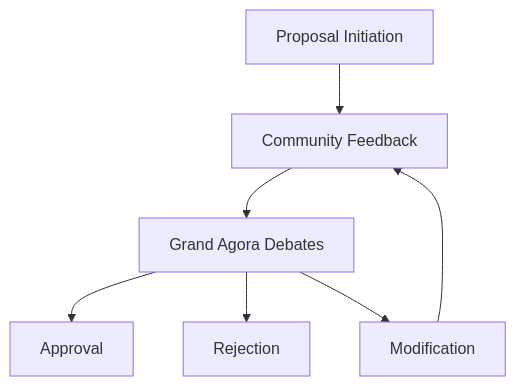
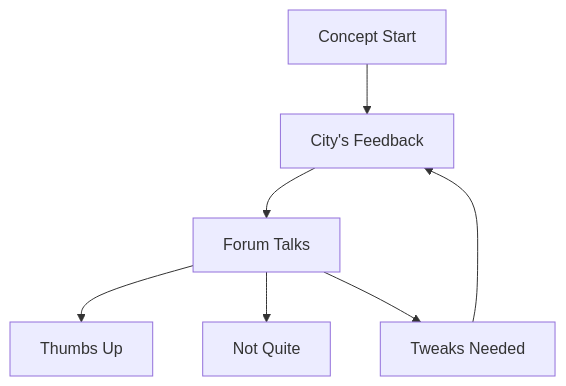
Before and after one commit to moul/bits.manfred.life: the second of 2 diagrams in stories/open-society/index.md, drawn with Mermaid. The commit also changed other lines of this file and 1 other file, not shown here.

````diff
--- a/stories/open-society/index.md
+++ b/stories/open-society/index.md
@@ -43,9 +43,9 @@
 ```mermaid
 graph TD
-    A[Proposal Initiation] --> B[Community Feedback]
-    B --> C[Grand Agora Debates]
-    C --> D1[Approval]
-    C --> D3[Rejection]
-    C --> D2[Modification]
+    A[Concept Start] --> B[City's Feedback]
+    B --> C[Forum Talks]
+    C --> D1[Thumbs Up]
+    C --> D3[Not Quite]
+    C --> D2[Tweaks Needed]
     D2 --> B
 ```
````
